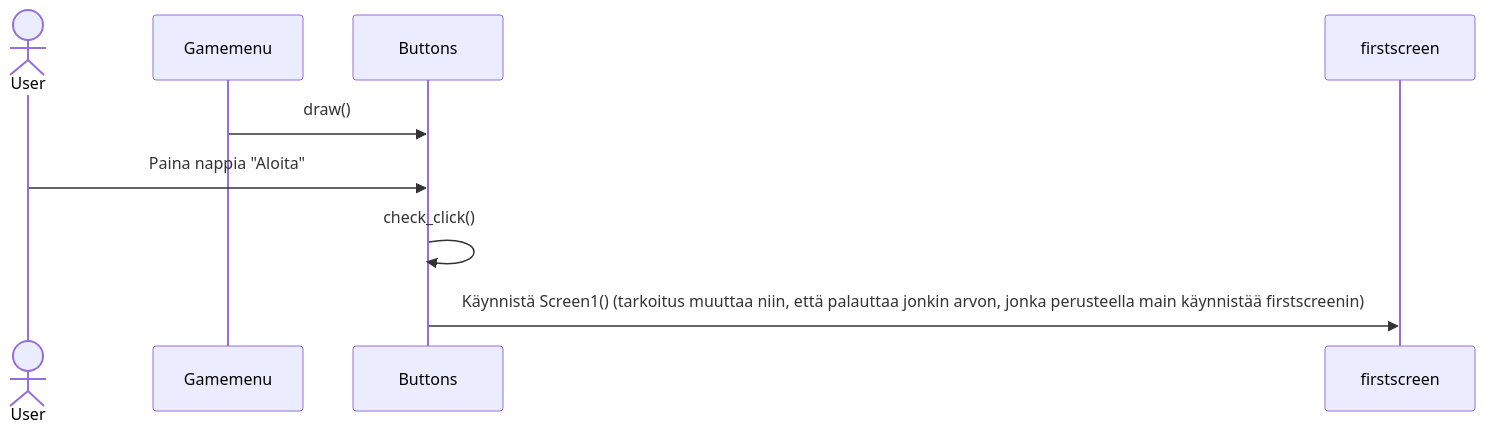
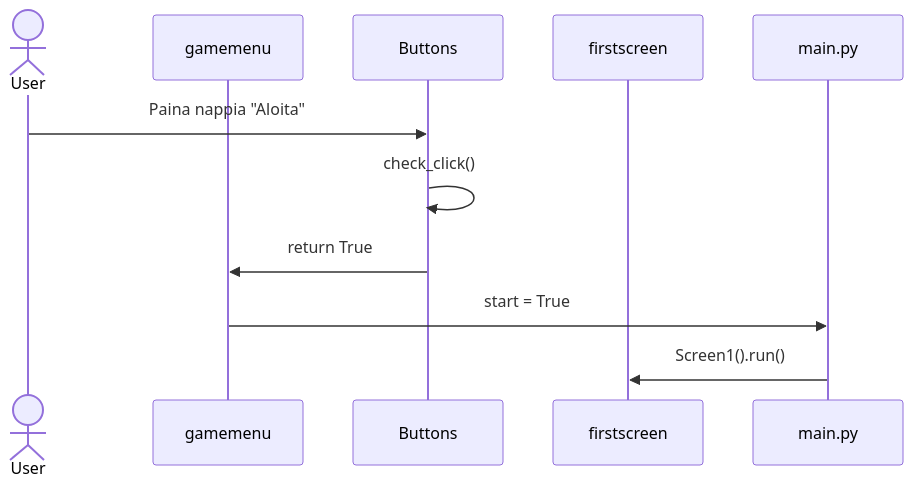
The first of 3 diagrams in TodoApp/dokumentaatio/arkkitehtuuri.md (Sampinen/ot-harjoitusty-), drawn with Mermaid before and after one commit. The commit also changed other lines of this file, not shown here.

````diff
--- a/TodoApp/dokumentaatio/arkkitehtuuri.md
+++ b/TodoApp/dokumentaatio/arkkitehtuuri.md
@@ -29,11 +29,13 @@
 ```mermaid
 sequenceDiagram
   actor User
-  participant Gamemenu
+  participant gamemenu
   participant Buttons
   participant firstscreen
-Gamemenu->>Buttons: draw()
   User->>Buttons:Paina nappia "Aloita"
   Buttons->>Buttons: check_click()
-  Buttons ->> firstscreen: Käynnistä Screen1() (tarkoitus muuttaa niin, että palauttaa jonkin arvon, jonka perusteella main käynnistää firstscreenin)
+  Buttons ->> gamemenu: return True
+  gamemenu ->> main.py: start = True
+  main.py ->> firstscreen: Screen1().run()
+  
 ```
````
